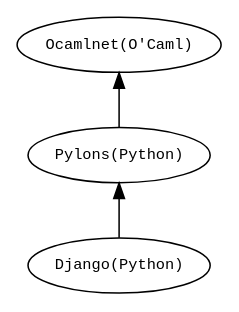
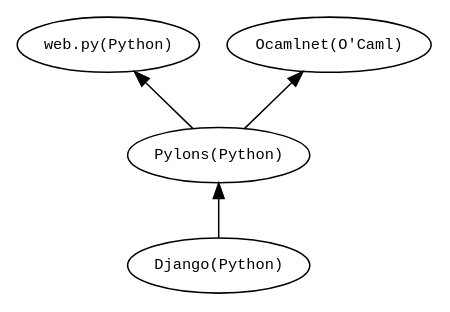
Before and after one commit to KDr2/kdr2.net: the diagram in source/about.rst, drawn with Graphviz. The commit also changed other lines of this file and 1 other file, not shown here.

```diff
--- a/source/about.rst
+++ b/source/about.rst
@@ -28,11 +28,12 @@
 .. graphviz::
 
    digraph foo {
       //rankdir=LR;
       fontname="courier new"
       fontsize=12  
       node [fontname="courier new"
             fontsize=10]
+      "web.py(Python)"  -> "Pylons(Python)" [dir=back];
       "Ocamlnet(O'Caml)" -> "Pylons(Python)" [dir=back];
       "Pylons(Python)" -> "Django(Python)" [dir=back]; 
    }
```
